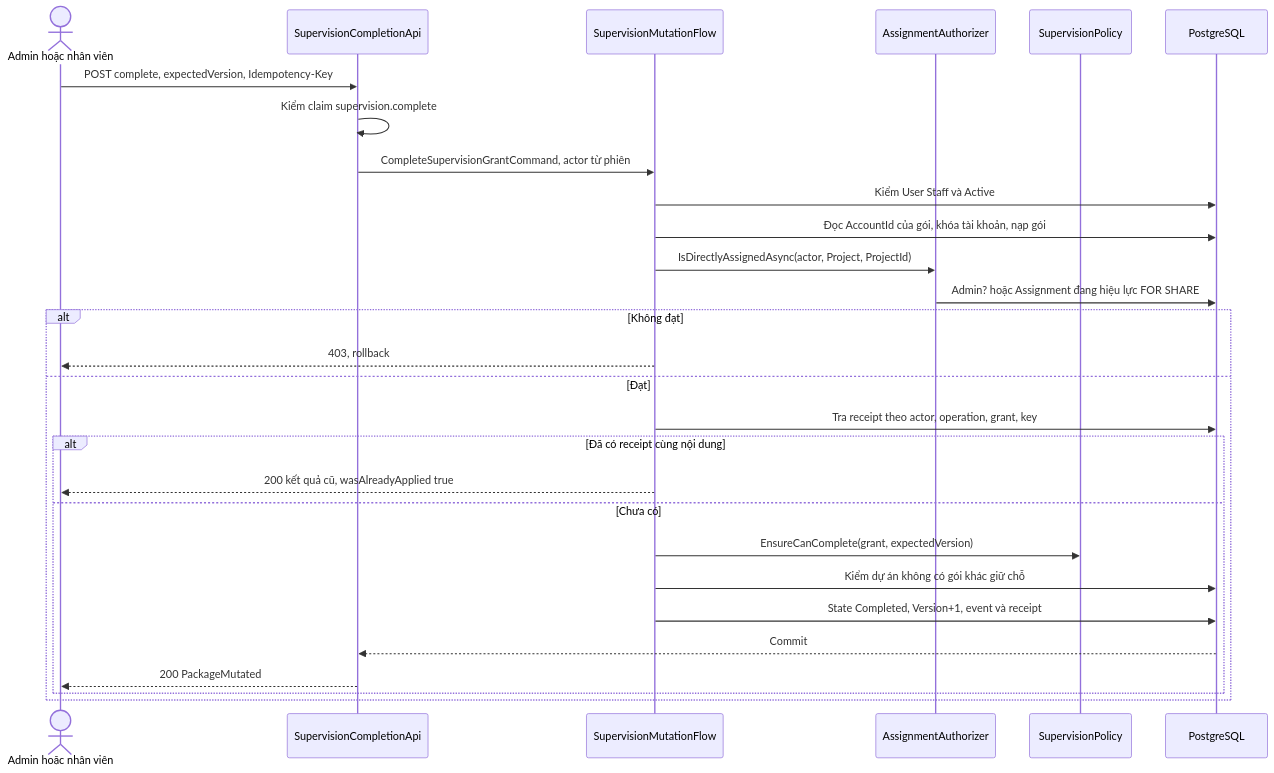
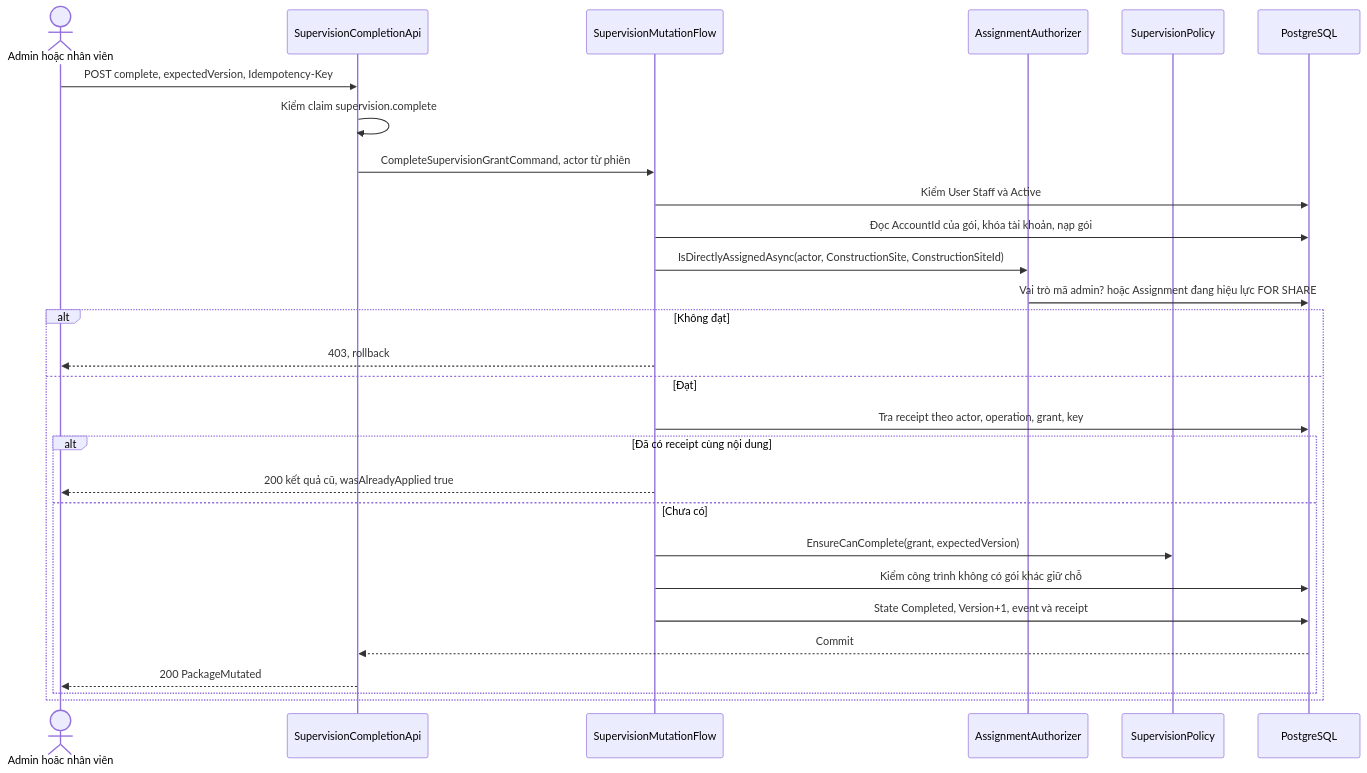
Before and after one commit to TaskCoper/bmt-documentation: the second of 5 diagrams in tdd/TDD-SUB-006.md, drawn with Mermaid. The commit also changed other lines of this file and 19 other files, not shown here.

````diff
--- a/tdd/TDD-SUB-006.md
+++ b/tdd/TDD-SUB-006.md
@@ -158,30 +168,30 @@
 ```mermaid
 sequenceDiagram
     actor S as Admin hoặc nhân viên
     participant A as SupervisionCompletionApi
     participant F as SupervisionMutationFlow
     participant Z as AssignmentAuthorizer
     participant P as SupervisionPolicy
     participant D as PostgreSQL
     S->>A: POST complete, expectedVersion, Idempotency-Key
     A->>A: Kiểm claim supervision.complete
     A->>F: CompleteSupervisionGrantCommand, actor từ phiên
     F->>D: Kiểm User Staff và Active
     F->>D: Đọc AccountId của gói, khóa tài khoản, nạp gói
-    F->>Z: IsDirectlyAssignedAsync(actor, Project, ProjectId)
-    Z->>D: Admin? hoặc Assignment đang hiệu lực FOR SHARE
+    F->>Z: IsDirectlyAssignedAsync(actor, ConstructionSite, ConstructionSiteId)
+    Z->>D: Vai trò mã admin? hoặc Assignment đang hiệu lực FOR SHARE
     alt Không đạt
       F-->>S: 403, rollback
     else Đạt
       F->>D: Tra receipt theo actor, operation, grant, key
       alt Đã có receipt cùng nội dung
         F-->>S: 200 kết quả cũ, wasAlreadyApplied true
       else Chưa có
         F->>P: EnsureCanComplete(grant, expectedVersion)
-        F->>D: Kiểm dự án không có gói khác giữ chỗ
+        F->>D: Kiểm công trình không có gói khác giữ chỗ
         F->>D: State Completed, Version+1, event và receipt
         D-->>A: Commit
         A-->>S: 200 PackageMutated
       end
     end
 ```
````
